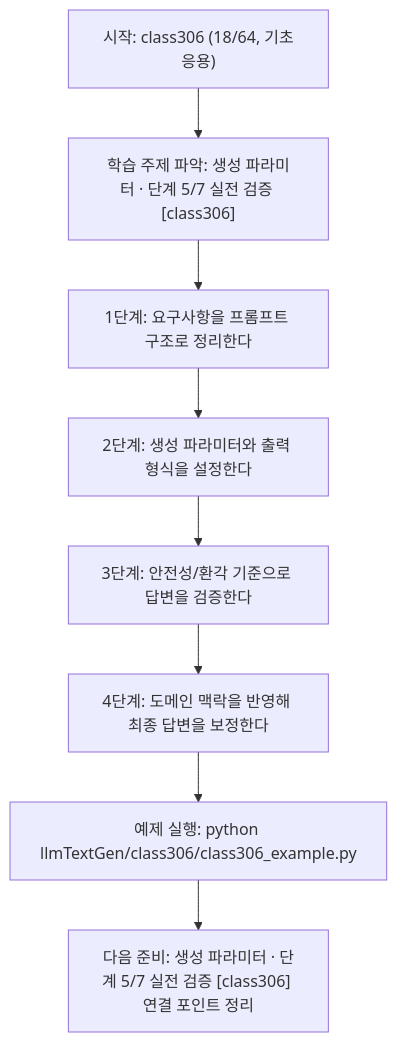
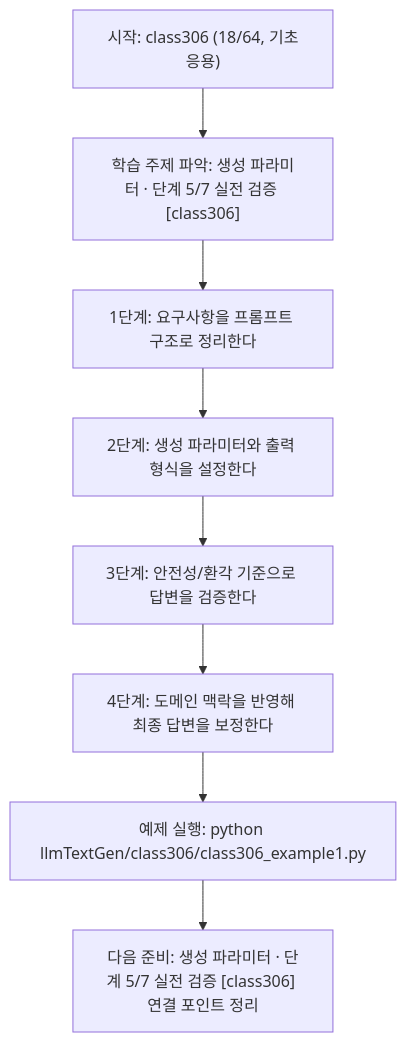
The diagram in llmTextGen/class306/class306.md (edumgt/Python-AI_Agent-Class), drawn with Mermaid before and after one commit. The commit also changed other lines of this file and 2959 other files, not shown here.

````diff
--- a/llmTextGen/class306/class306.md
+++ b/llmTextGen/class306/class306.md
@@ -113,18 +113,18 @@
 ```mermaid
 flowchart TD
 N1["시작: class306 (18/64, 기초응용)"]
 N2["학습 주제 파악: 생성 파라미터 · 단계 5/7 실전 검증 [class306]"]
 N3["1단계: 요구사항을 프롬프트 구조로 정리한다"]
 N4["2단계: 생성 파라미터와 출력 형식을 설정한다"]
 N5["3단계: 안전성/환각 기준으로 답변을 검증한다"]
 N6["4단계: 도메인 맥락을 반영해 최종 답변을 보정한다"]
-N7["예제 실행: python llmTextGen/class306/class306_example.py"]
+N7["예제 실행: python llmTextGen/class306/class306_example1.py"]
 N8["다음 준비: 생성 파라미터 · 단계 5/7 실전 검증 [class306] 연결 포인트 정리"]
 N1 --> N2
 N2 --> N3
 N3 --> N4
 N4 --> N5
 N5 --> N6
 N6 --> N7
 N7 --> N8
 ```
````
